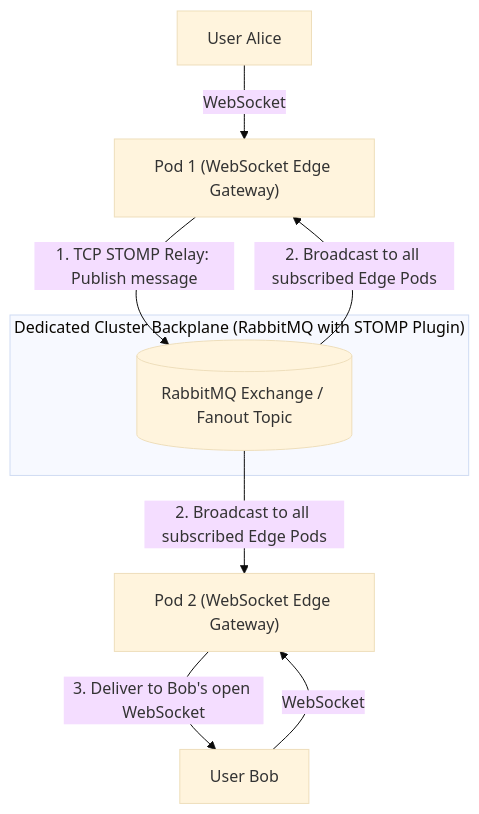
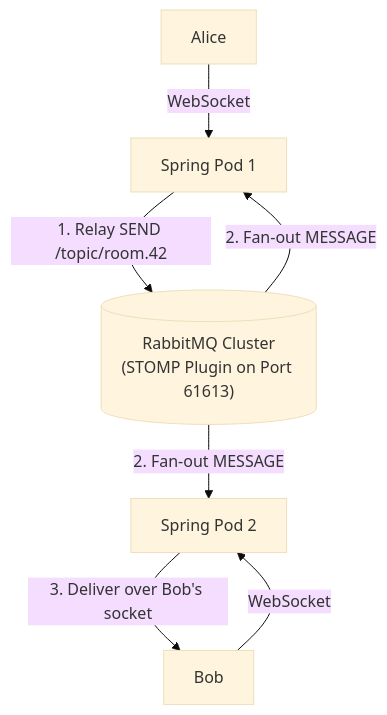
Before and after one commit to ravishankar2463/java_hub: the third of 4 diagrams in content/roadmap/level-9/real-time-messaging-websockets-sse.md, drawn with Mermaid (base theme). The commit also changed other lines of this file and 119 other files, not shown here.

Commit message:
feat: add comprehensive java learning roadmap content across multiple levels

````diff
--- a/content/roadmap/level-9/real-time-messaging-websockets-sse.md
+++ b/content/roadmap/level-9/real-time-messaging-websockets-sse.md
@@ -277,14 +254,12 @@
 ```mermaid
 flowchart TD
-    UserAlice["User Alice"] -->|"WebSocket"| Pod1["Pod 1 (WebSocket Edge Gateway)"]
-    UserBob["User Bob"] -->|"WebSocket"| Pod2["Pod 2 (WebSocket Edge Gateway)"]
+    Alice["Alice"] -->|"WebSocket"| Pod1["Spring Pod 1"]
+    Bob["Bob"] -->|"WebSocket"| Pod2["Spring Pod 2"]
 
-    subgraph MessageBroker["Dedicated Cluster Backplane (RabbitMQ with STOMP Plugin)"]
-        Rabbit[("RabbitMQ Exchange / Fanout Topic")]
-    end
+    Rabbit[("RabbitMQ Cluster<br/>(STOMP Plugin on Port 61613)")]
 
-    Pod1 -->|"1. TCP STOMP Relay: Publish message"| Rabbit
-    Rabbit -->|"2. Broadcast to all subscribed Edge Pods"| Pod1
-    Rabbit -->|"2. Broadcast to all subscribed Edge Pods"| Pod2
-    Pod2 -->|"3. Deliver to Bob's open WebSocket"| UserBob
+    Pod1 -->|"1. Relay SEND /topic/room.42"| Rabbit
+    Rabbit -->|"2. Fan-out MESSAGE"| Pod1
+    Rabbit -->|"2. Fan-out MESSAGE"| Pod2
+    Pod2 -->|"3. Deliver over Bob's socket"| Bob
 ```
````
